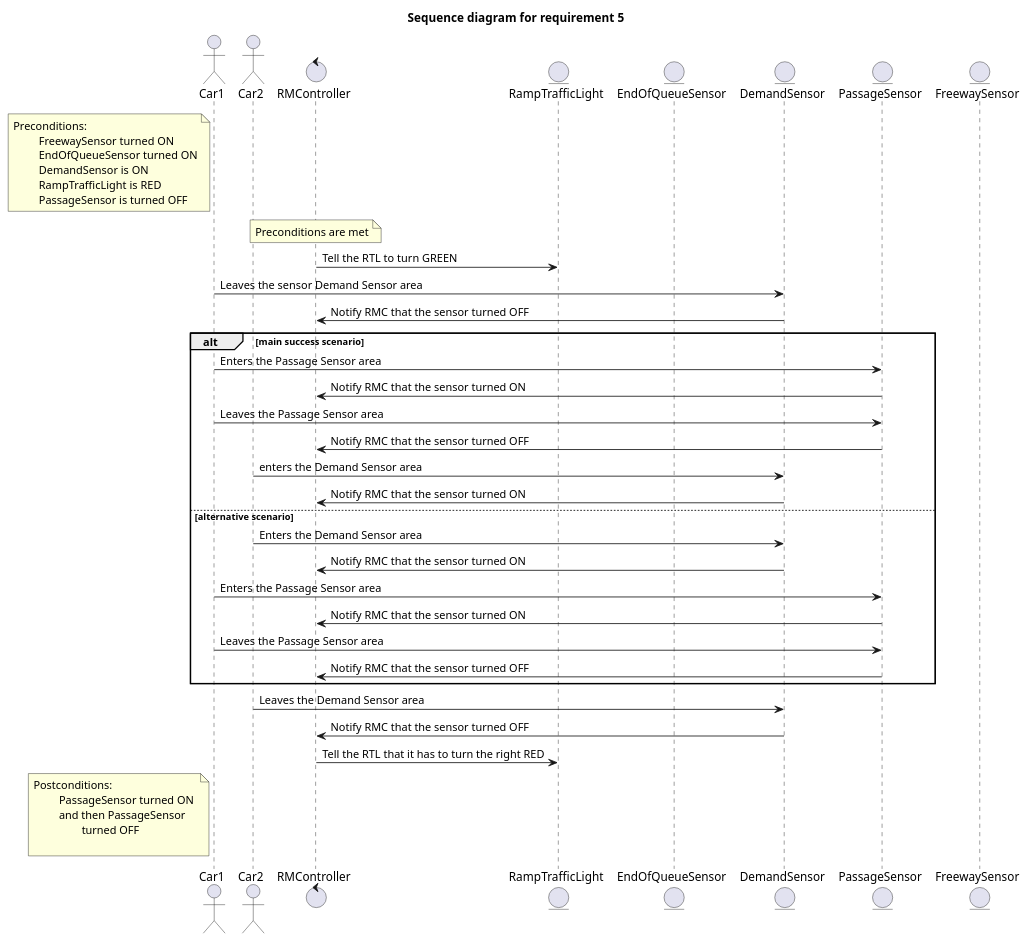
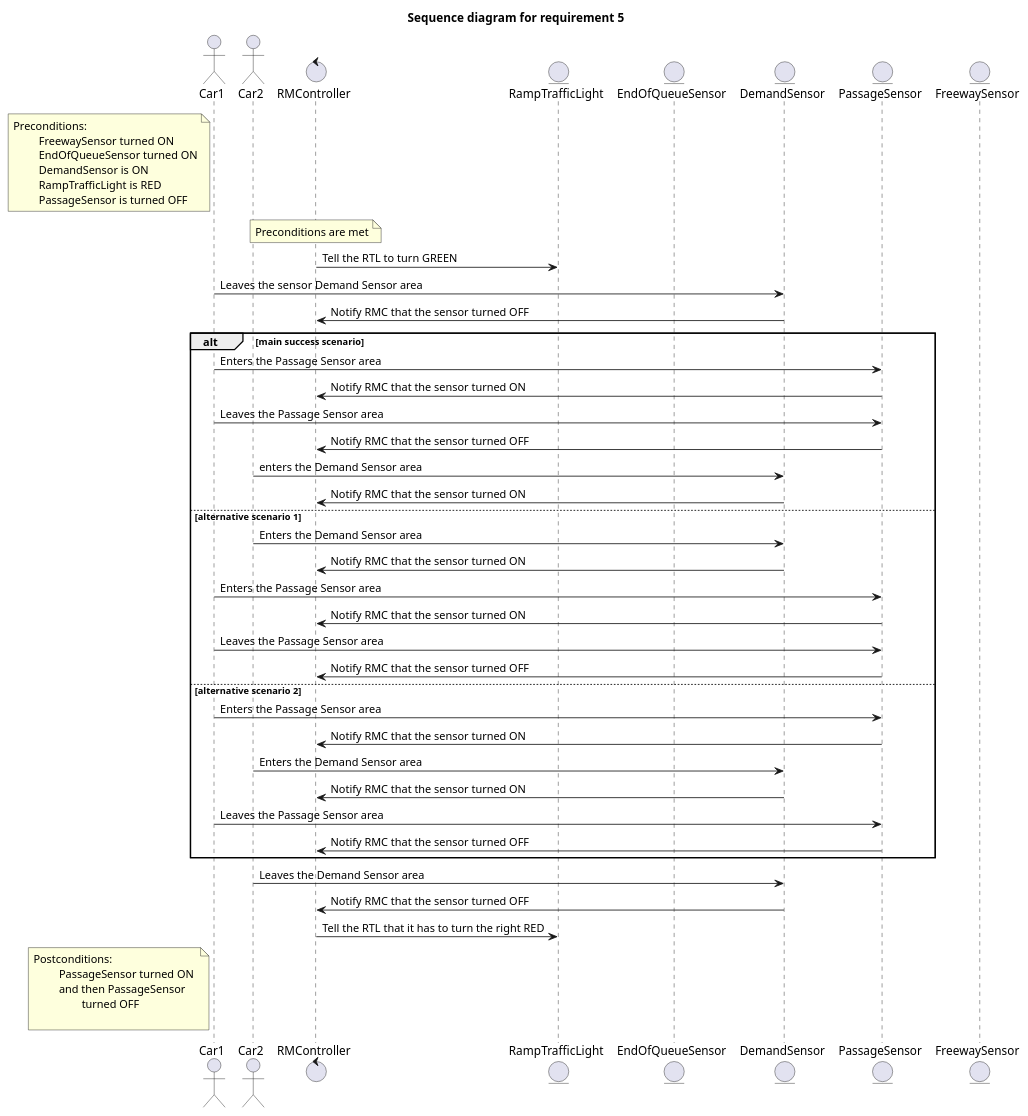
One commit to MaksimKarnaukh/MoSIS changed the diagram in 01_RequirementsChecking/sequence_diagram_req5.puml. Above: the diagram before and after it, drawn with PlantUML.

```diff
--- a/01_RequirementsChecking/sequence_diagram_req5.puml
+++ b/01_RequirementsChecking/sequence_diagram_req5.puml
@@ -1,61 +1,68 @@
 @startuml
 
 '5) When the FS is ON and the QS is ON,
 'if DS is turned ON, it indicates intense traffic over the ramp.
 'In this scenario, two cars must cross the TL before it turns RED.
 'Then, set TL to GREEN. After DS is OFF, ON and OFF (two cars),
 'turn TL to RED.
 
 title "Sequence diagram for requirement 5"
 
 actor Car1 as Car1
 actor Car2 as Car2
 
 control RMController as RMC
 entity RampTrafficLight as RTL
 entity EndOfQueueSensor as QS
 entity DemandSensor as DS
 entity PassageSensor as PS
 entity FreewaySensor as FS
 
 
 
 note left of Car1: Preconditions:\n\t FreewaySensor turned ON\n\t EndOfQueueSensor turned ON\n\t DemandSensor is ON\n\t RampTrafficLight is RED\n\t PassageSensor is turned OFF
 
 'below commented lines not explicitly needed because they are part of the preconditions
 'FS -> RMC: on
 'QS -> RMC: on
 'DS -> RMC: on
 
 note over RMC: Preconditions are met
 RMC -> RTL: Tell the RTL to turn GREEN
 
 
 Car1 -> DS: Leaves the sensor Demand Sensor area
 DS -> RMC: Notify RMC that the sensor turned OFF
 
 alt main success scenario
     Car1 -> PS: Enters the Passage Sensor area
     PS -> RMC: Notify RMC that the sensor turned ON
     Car1 -> PS: Leaves the Passage Sensor area
     PS -> RMC: Notify RMC that the sensor turned OFF
     Car2 -> DS: enters the Demand Sensor area
     DS -> RMC: Notify RMC that the sensor turned ON
-else alternative scenario
+else alternative scenario 1
     Car2 -> DS: Enters the Demand Sensor area
     DS -> RMC: Notify RMC that the sensor turned ON
     Car1 -> PS: Enters the Passage Sensor area
     PS -> RMC: Notify RMC that the sensor turned ON
+    Car1 -> PS: Leaves the Passage Sensor area
+    PS -> RMC: Notify RMC that the sensor turned OFF
+else alternative scenario 2
+    Car1 -> PS: Enters the Passage Sensor area
+    PS -> RMC: Notify RMC that the sensor turned ON
+    Car2 -> DS: Enters the Demand Sensor area
+    DS -> RMC: Notify RMC that the sensor turned ON
     Car1 -> PS: Leaves the Passage Sensor area
     PS -> RMC: Notify RMC that the sensor turned OFF
 end
 
 
 Car2 -> DS: Leaves the Demand Sensor area
 DS -> RMC: Notify RMC that the sensor turned OFF
 
 RMC -> RTL: Tell the RTL that it has to turn the right RED
 
 note left of Car1: Postconditions:\n\t PassageSensor turned ON \n\t and then PassageSensor \n\t\t turned OFF\n\t
 
 @enduml
```
